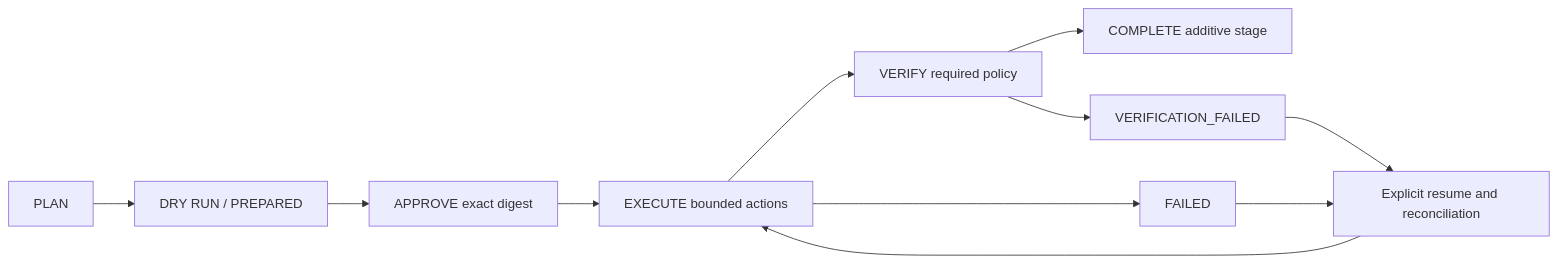
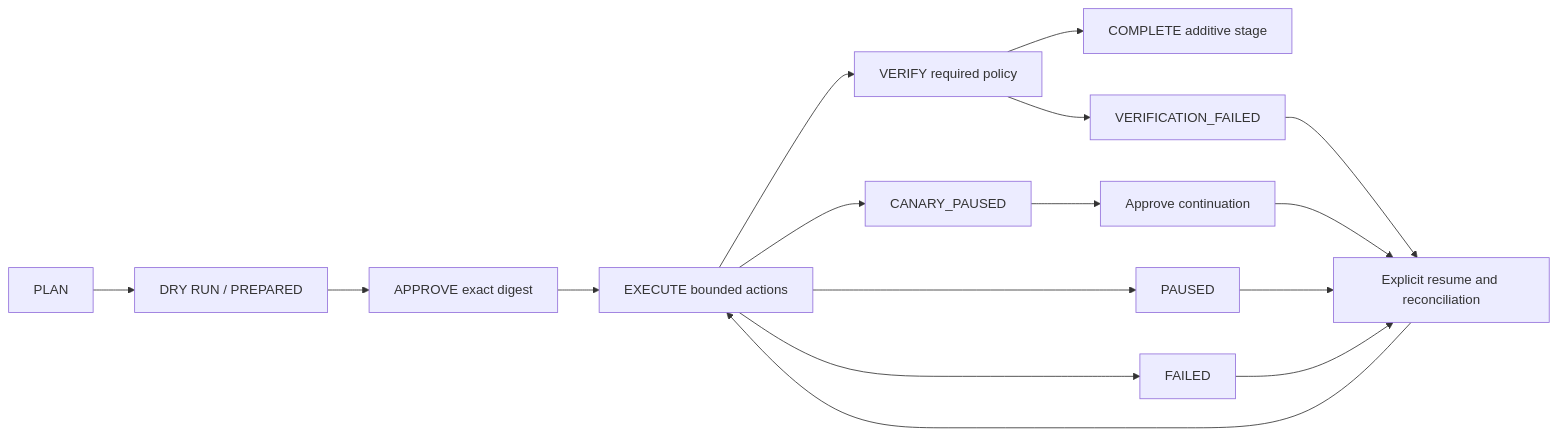
One commit to andrebarrocas/partitionguard changed the diagram in README.md. Above: the diagram before and after it, drawn with Mermaid. The commit also changed other lines of this file and 21 other files, not shown here.

````diff
--- a/README.md
+++ b/README.md
@@ -74,13 +74,18 @@
 ```mermaid
 flowchart LR
     P[PLAN] --> D[DRY RUN / PREPARED]
     D --> A[APPROVE exact digest]
     A --> E[EXECUTE bounded actions]
     E --> V[VERIFY required policy]
+    E --> CP[CANARY_PAUSED]
+    CP --> CA[Approve continuation]
+    CA --> R
+    E --> H[PAUSED]
+    H --> R
     V --> C[COMPLETE additive stage]
     E --> F[FAILED]
     V --> G[VERIFICATION_FAILED]
     F --> R[Explicit resume and reconciliation]
     G --> R
     R --> E
 ```
````
